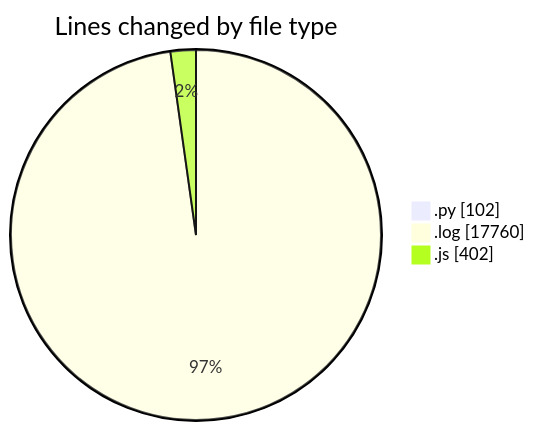
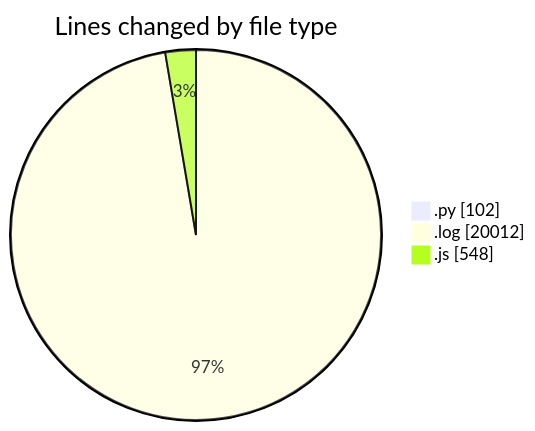
The first of 2 diagrams in 2025-04-11/nxtqube_webapp/README.md (nxtqubesakshisongat/code-tracking), drawn with Mermaid before and after one commit. The commit also changed other lines of this file and 1 other file, not shown here.

````diff
--- a/2025-04-11/nxtqube_webapp/README.md
+++ b/2025-04-11/nxtqube_webapp/README.md
@@ -22,7 +23,7 @@
 ```mermaid
 pie showData
 title Lines changed by file type
 ".py" : 102
-".log" : 17760
-".js" : 402
+".log" : 20012
+".js" : 548
 ```
````
